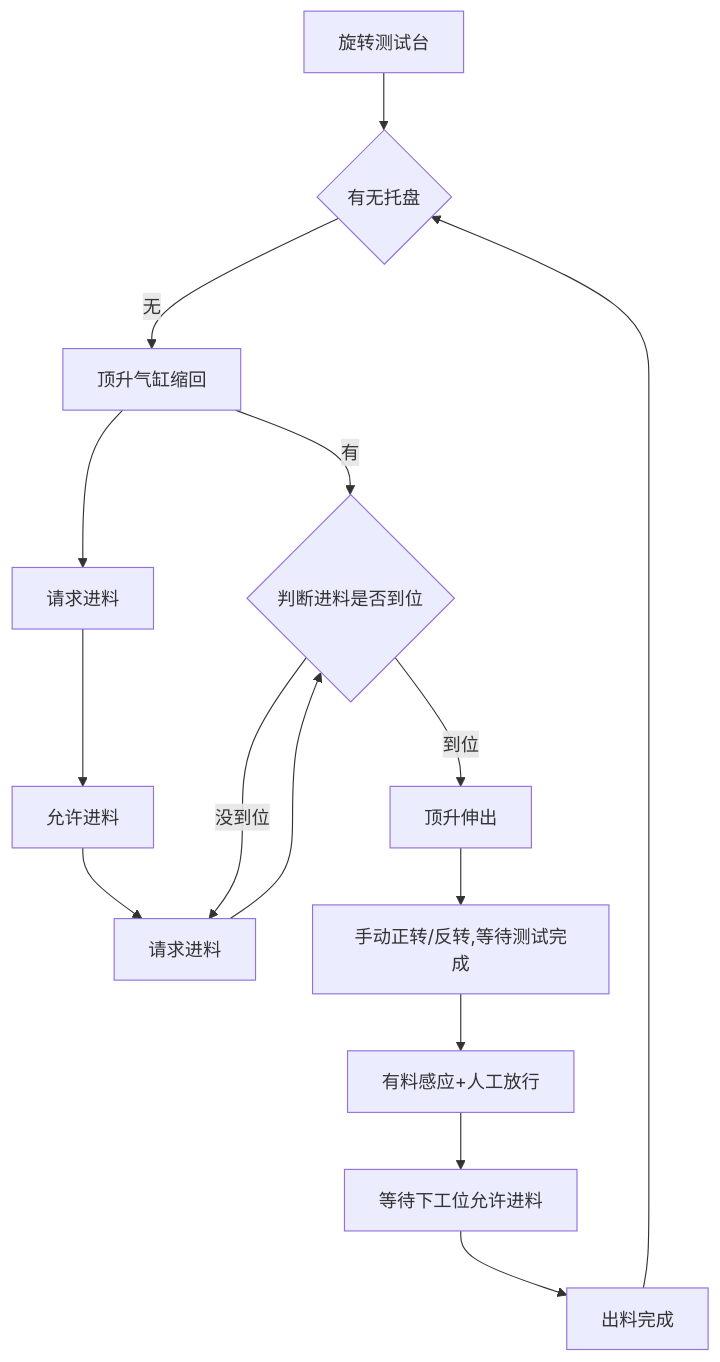
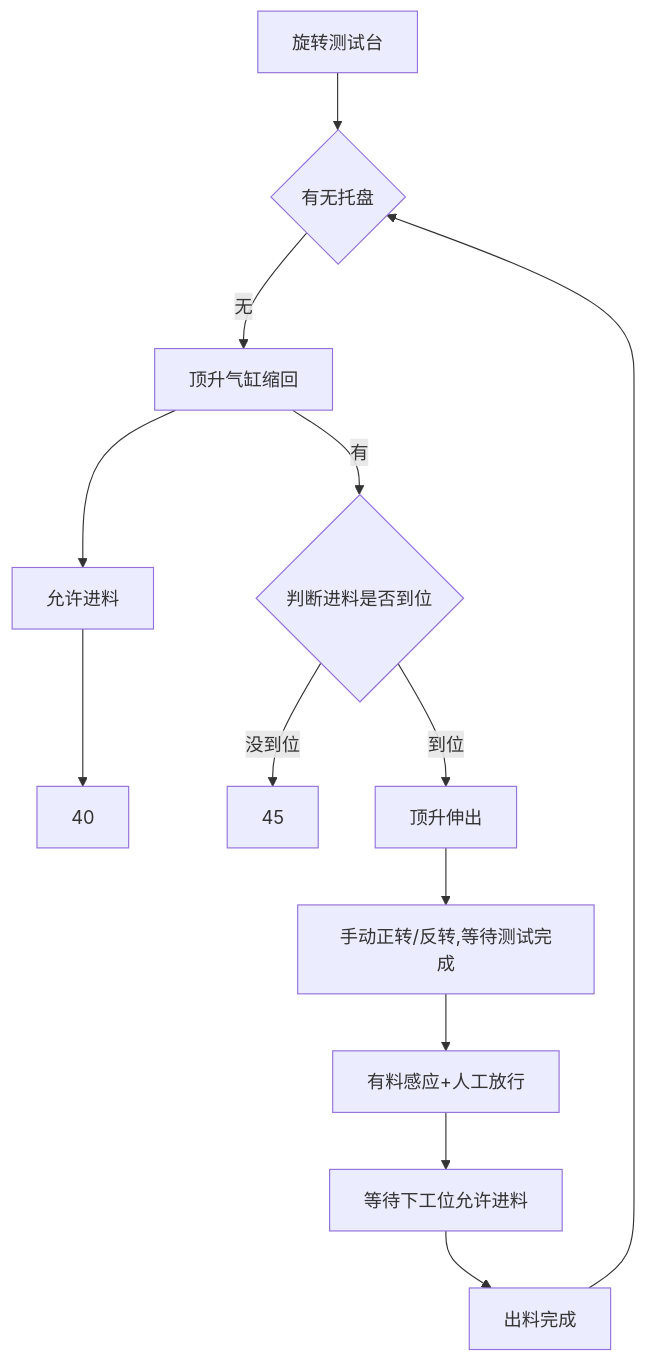
Before and after one commit to PengKun1/iodraw-files: the diagram in all/旋转测试台.md, drawn with Mermaid.

Commit message:
2024-12-23 16:31:44 update

````diff
--- a/all/旋转测试台.md
+++ b/all/旋转测试台.md
@@ -1,17 +1,16 @@
 ```mermaid
 graph TD
 0[旋转测试台]-->10
 10{有无托盘}-->|无|20
 20-->|有|50
 20[顶升气缸缩回]-->30
-30[请求进料]-->40
-40[允许进料]-->45
-45[请求进料]-->50
+30[允许进料]-->40
+
 50{判断进料是否到位}-->|到位|60 
 50-->|没到位|45
 60[顶升伸出]-->70
 70[手动正转/反转,等待测试完成]-->80
 80[有料感应+人工放行]-->90
 90[等待下工位允许进料]-->100
 100[出料完成]-->10
 ```
````
